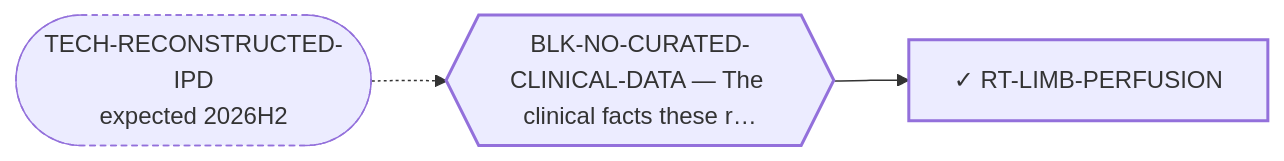
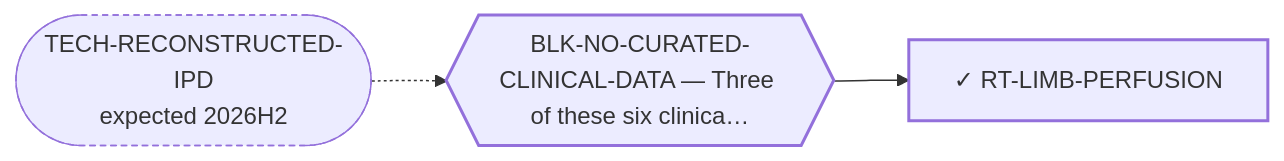
The diagram in systems/views/L2-rt-limb-perfusion.md (trimcrae/Rare-cancers), drawn with Mermaid before and after one commit. The commit also changed 89 other files, not shown here.

````diff
--- a/systems/views/L2-rt-limb-perfusion.md
+++ b/systems/views/L2-rt-limb-perfusion.md
@@ -27,12 +27,12 @@
 ```mermaid
 flowchart LR
   RT_LIMB_PERFUSION["✓ RT-LIMB-PERFUSION"]:::fam
-  BLK_NO_CURATED_CLINICAL_DATA{{"BLK-NO-CURATED-CLINICAL-DATA — The clinical facts these r…"}}:::blk
+  BLK_NO_CURATED_CLINICAL_DATA{{"BLK-NO-CURATED-CLINICAL-DATA — Three of these six clinica…"}}:::blk
   BLK_NO_CURATED_CLINICAL_DATA --> RT_LIMB_PERFUSION
   TECH_RECONSTRUCTED_IPD(["TECH-RECONSTRUCTED-IPD<br/>expected 2026H2"]):::tech
   TECH_RECONSTRUCTED_IPD -.-> BLK_NO_CURATED_CLINICAL_DATA
   classDef fam stroke-width:2px;
   classDef blk stroke-width:2px;
   classDef perm stroke-width:4px;
   classDef tech stroke-width:1px,stroke-dasharray:4 3;
 ```
````
